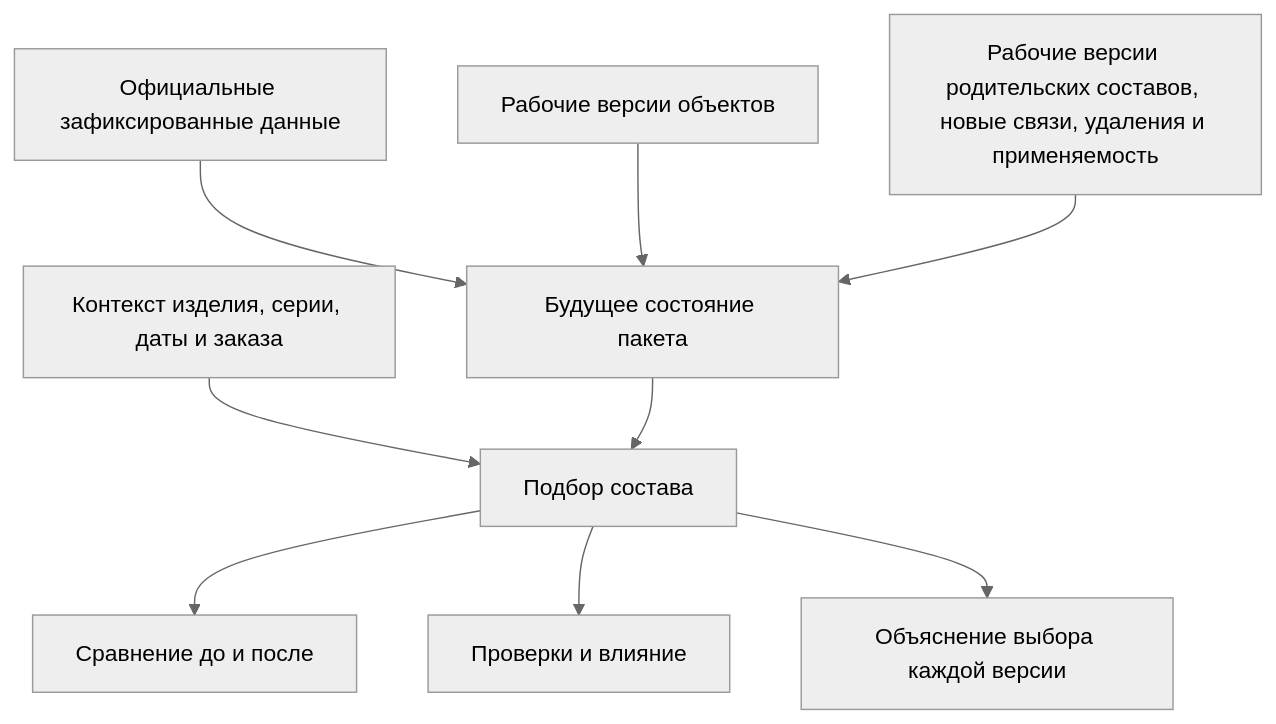
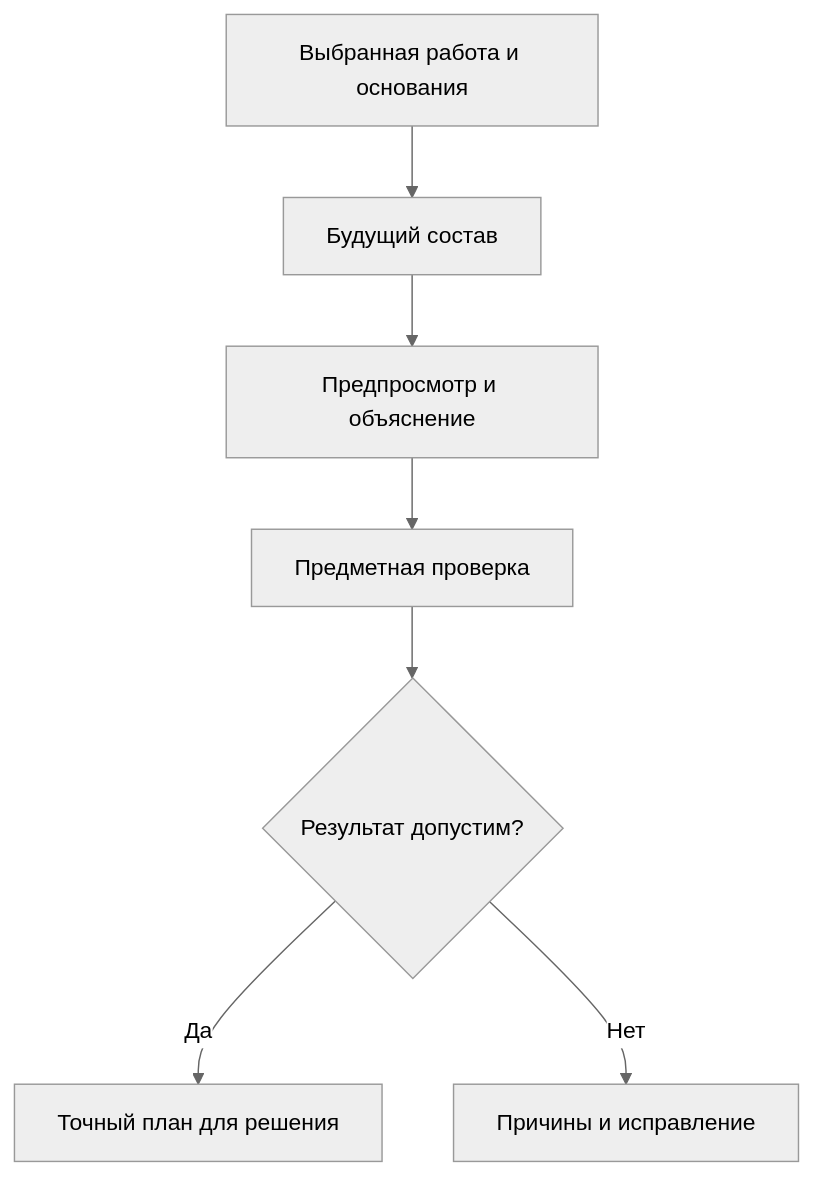
The first of 2 diagrams in docs/changes/04-preview-validation-and-approval.md (ZelAnton/Interlink-product-book), drawn with Mermaid (neutral theme) before and after one commit. The commit also changed other lines of this file and 231 other files, not shown here.

````diff
--- a/docs/changes/04-preview-validation-and-approval.md
+++ b/docs/changes/04-preview-validation-and-approval.md
@@ -40,11 +46,9 @@
 ```mermaid
 flowchart TD
-    A["Официальные зафиксированные данные"] --> D["Будущее состояние пакета"]
-    B["Рабочие версии объектов"] --> D
-    C["Рабочие версии родительских составов, новые связи, удаления и применяемость"] --> D
-    E["Контекст изделия, серии, даты и заказа"] --> F["Подбор состава"]
-    D --> F
-    F --> G["Сравнение до и после"]
-    F --> H["Проверки и влияние"]
-    F --> I["Объяснение выбора каждой версии"]
+    A["Выбранная работа и основания"] --> B["Будущий состав"]
+    B --> C["Предпросмотр и объяснение"]
+    C --> D["Предметная проверка"]
+    D --> E{"Результат допустим?"}
+    E -->|"Да"| F["Точный план для решения"]
+    E -->|"Нет"| G["Причины и исправление"]
 ```
````
